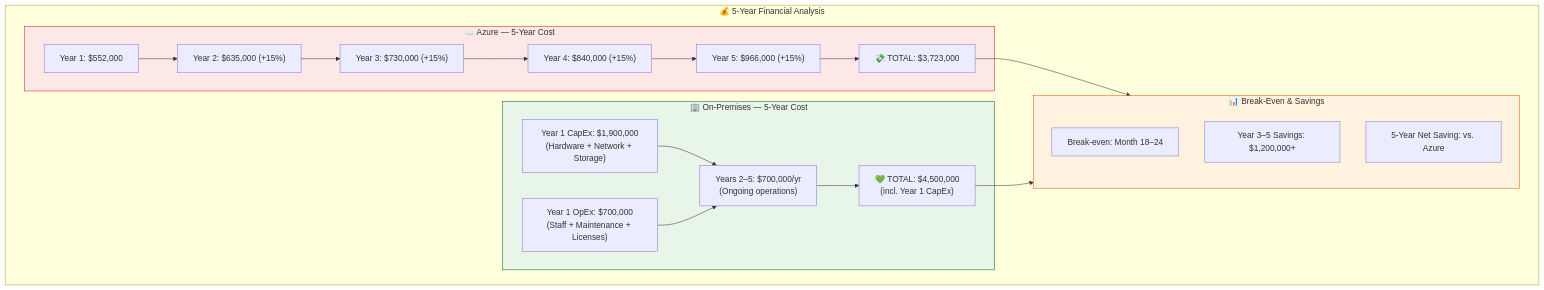
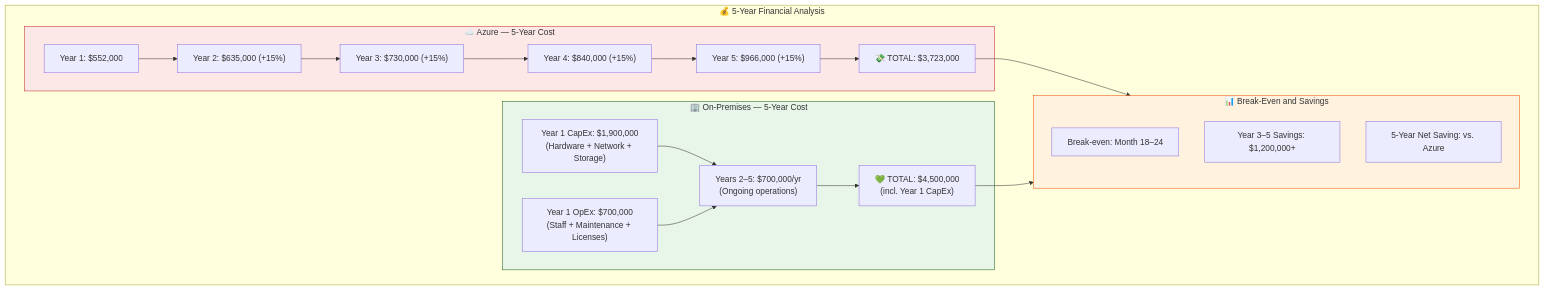
One commit to Shasi19/Azure-VxRail-VMware-Migration changed the first of 4 diagrams in docs/Presentation/01-Executive-Presentation.md. Above: the diagram before and after it, drawn with Mermaid. The commit also changed other lines of this file and 7 other files, not shown here.

First line of the commit message:
Fix Mermaid render issues: simplify complex diagrams, remove emoji from labels, fix special chars

````diff
--- a/docs/Presentation/01-Executive-Presentation.md
+++ b/docs/Presentation/01-Executive-Presentation.md
@@ -31,32 +31,32 @@
 ```mermaid
 graph TB
     subgraph FINANCIAL["💰 5-Year Financial Analysis"]
         subgraph AZURE_5["☁️ Azure — 5-Year Cost"]
             AY1["Year 1: $552,000"]
             AY2["Year 2: $635,000 (+15%)"]
             AY3["Year 3: $730,000 (+15%)"]
             AY4["Year 4: $840,000 (+15%)"]
             AY5["Year 5: $966,000 (+15%)"]
             ATOTAL["💸 TOTAL: $3,723,000"]
         end
         subgraph ONPREM_5["🏢 On-Premises — 5-Year Cost"]
             OP_CAPEX["Year 1 CapEx: $1,900,000\n(Hardware + Network + Storage)"]
             OP_Y1["Year 1 OpEx: $700,000\n(Staff + Maintenance + Licenses)"]
             OP_Y2_5["Years 2–5: $700,000/yr\n(Ongoing operations)"]
             OPTOTAL["💚 TOTAL: $4,500,000\n(incl. Year 1 CapEx)"]
         end
-        subgraph SAVINGS["📊 Break-Even & Savings"]
+        subgraph SAVINGS["📊 Break-Even and Savings"]
             BE["Break-even: Month 18–24"]
             SAV["Year 3–5 Savings: $1,200,000+"]
             ROI["5-Year Net Saving: vs. Azure"]
         end
     end
 
     AY1 --> AY2 --> AY3 --> AY4 --> AY5 --> ATOTAL
     OP_CAPEX & OP_Y1 --> OP_Y2_5 --> OPTOTAL
     ATOTAL & OPTOTAL --> SAVINGS
 
     style AZURE_5 fill:#fde8e8,stroke:#c62828
     style ONPREM_5 fill:#e8f5e9,stroke:#1b5e20
     style SAVINGS fill:#fff3e0,stroke:#e65100
 ```
````
